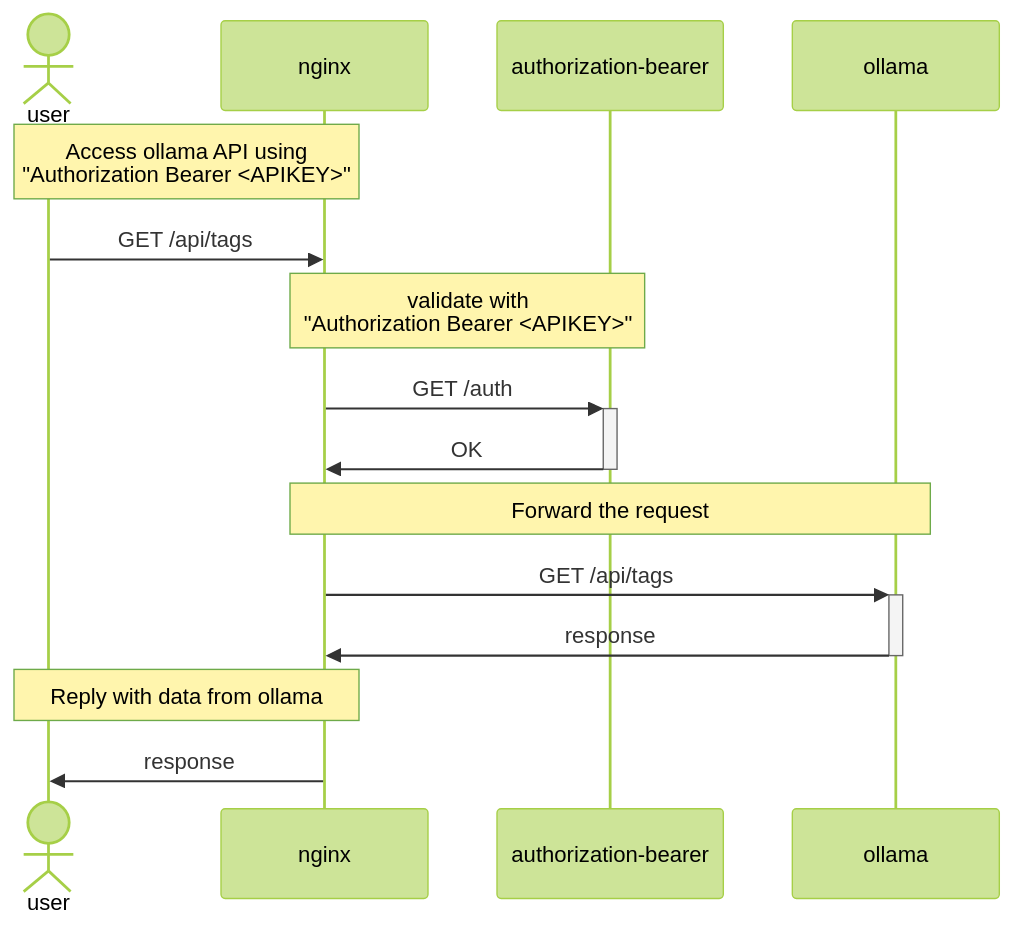
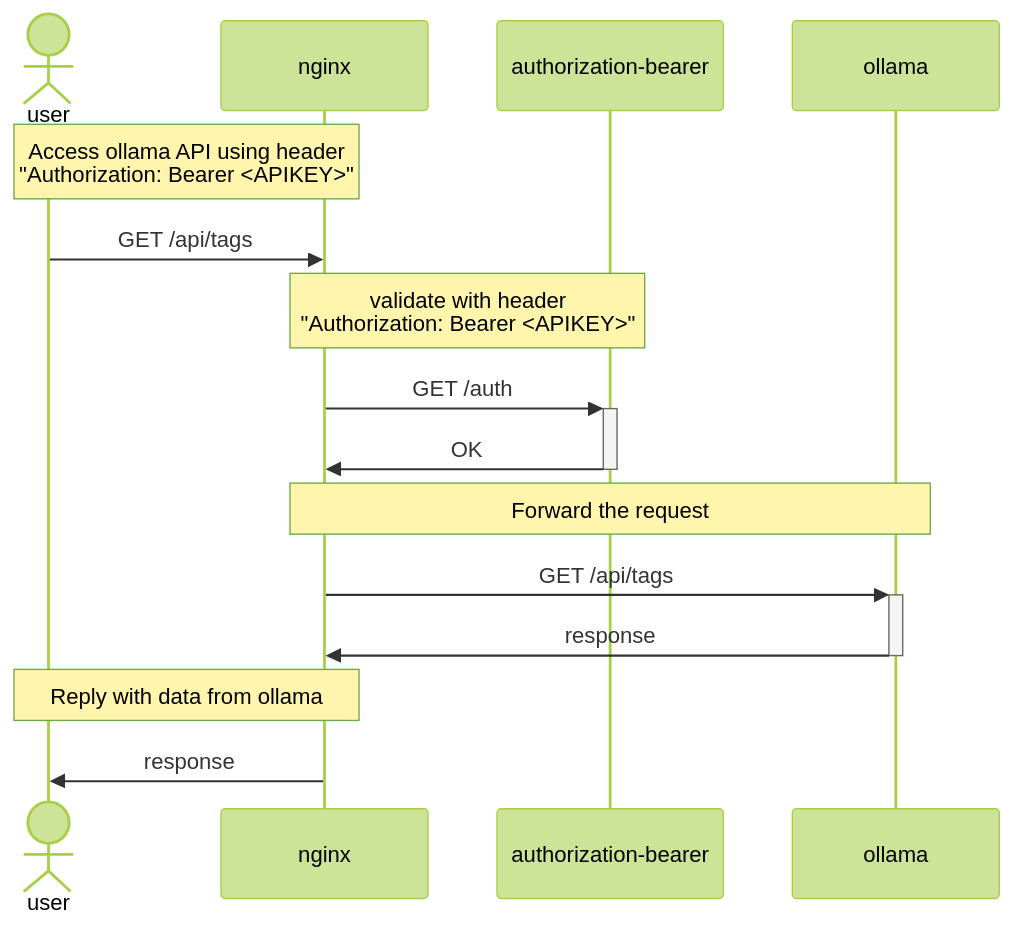
The diagram in README.md (manuel-koch/ollama-authentication-proxy), drawn with Mermaid (forest theme) before and after one commit.

````diff
--- a/README.md
+++ b/README.md
@@ -21,14 +21,14 @@
 ```mermaid
 sequenceDiagram
     actor user
-    Note over user,nginx: Access ollama API using<br>"Authorization Bearer <APIKEY>"
+    Note over user,nginx: Access ollama API using header<br>"Authorization: Bearer <APIKEY>"
     user ->> nginx: GET /api/tags
-    Note over nginx, authorization-bearer: validate with<br>"Authorization Bearer <APIKEY>"
+    Note over nginx, authorization-bearer: validate with header<br>"Authorization: Bearer <APIKEY>"
     nginx ->>+ authorization-bearer: GET /auth
     authorization-bearer ->>- nginx: OK
     Note over nginx, ollama: Forward the request
     nginx ->>+ ollama: GET /api/tags
     ollama ->>- nginx: response
     Note over nginx, user: Reply with data from ollama
     nginx ->> user: response
 ```
````
